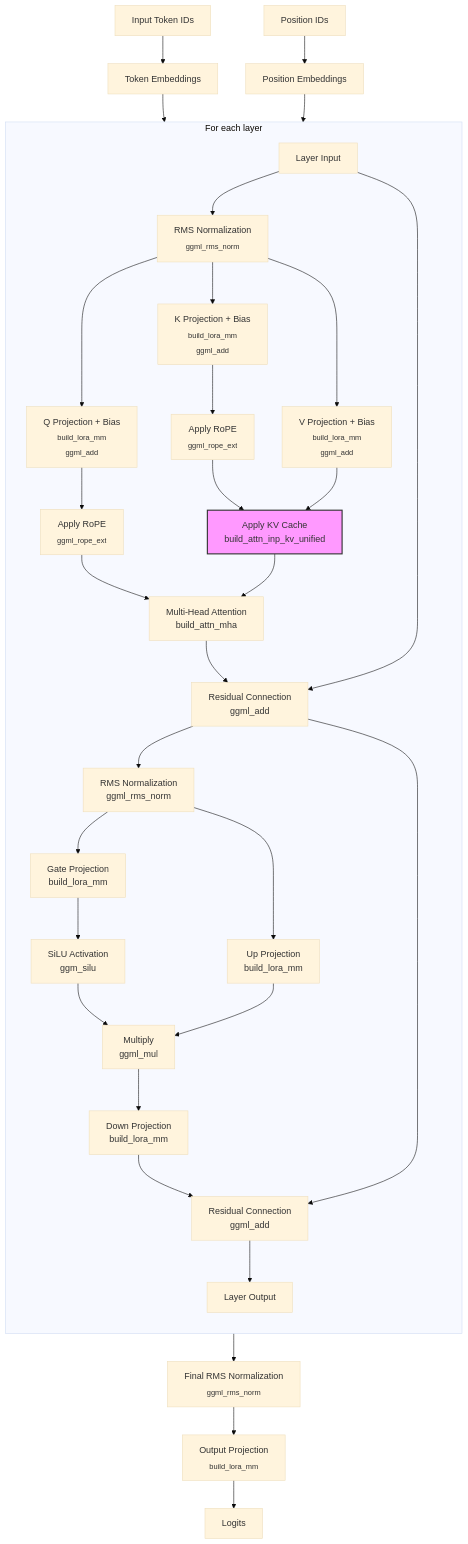
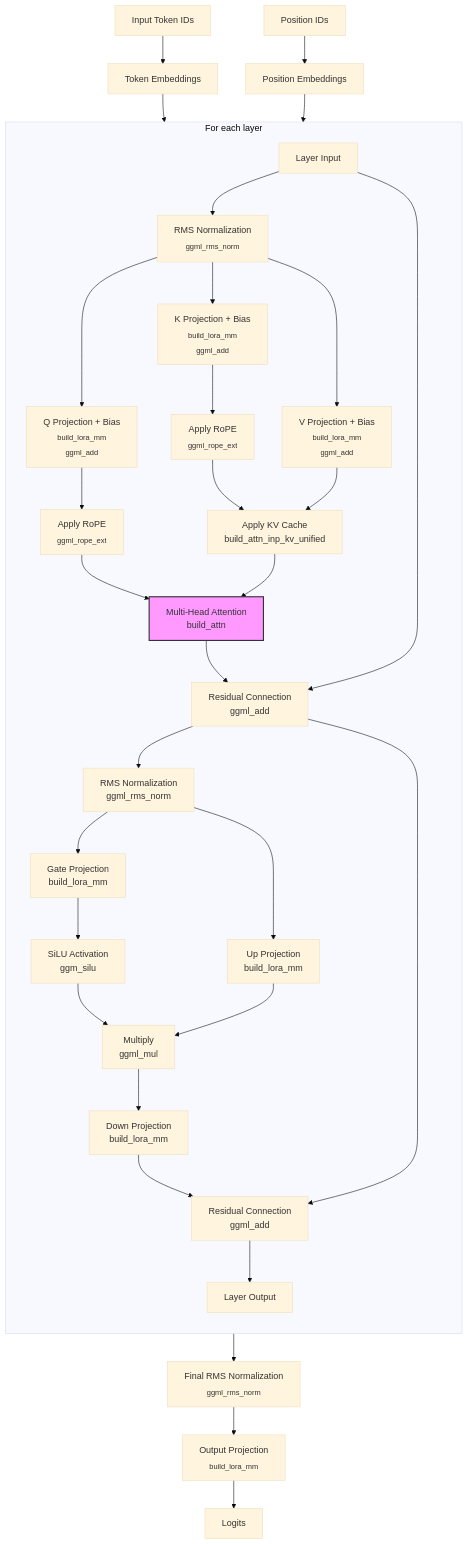
One commit to cshbli/ML-CV-AI changed the first of 8 diagrams in LLM/llama.cpp_flowchart_decode_graph_build_qwen.md. Above: the diagram before and after it, drawn with Mermaid (base theme). The commit also changed other lines of this file and 1 other file, not shown here.

Commit message:
Update build_attn

````diff
--- a/LLM/llama.cpp_flowchart_decode_graph_build_qwen.md
+++ b/LLM/llama.cpp_flowchart_decode_graph_build_qwen.md
@@ -270,53 +270,53 @@
 ```mermaid
 flowchart TD
     input[Input Token IDs] --> embeddings[Token Embeddings]
     positions[Position IDs] --> pos_embd[Position Embeddings]
     
     embeddings --> layer_loop[Layer Loop]
     pos_embd --> layer_loop
     
     subgraph layer_loop[For each layer]
         direction TB
         inp[Layer Input] --> attn_norm[RMS Normalization<br><sub>ggml_rms_norm<sub>]
         
         attn_norm --> Q_proj[Q Projection + Bias<br><sub>build_lora_mm</sub> <br> <sub>ggml_add</sub>]
         attn_norm --> K_proj[K Projection + Bias<br><sub>build_lora_mm</sub> <br> <sub>ggml_add</sub>]
         attn_norm --> V_proj[V Projection + Bias<br><sub>build_lora_mm</sub> <br> <sub>ggml_add</sub>]
         
         Q_proj --> Q_rope[Apply RoPE<br><sub>ggml_rope_ext</sub>]
         K_proj --> K_rope[Apply RoPE<br><sub>ggml_rope_ext</sub>]
         
-        Q_rope --> attn[Multi-Head Attention<br>build_attn_mha]
+        Q_rope --> attn[Multi-Head Attention<br>build_attn]
         K_rope --> KV_Cache[Apply KV Cache<br>build_attn_inp_kv_unified]
         V_proj --> KV_Cache
 
         KV_Cache --> attn
         
         attn --> residual1[Residual Connection<br>ggml_add]
         inp --> residual1
         
         residual1 --> ffn_norm[RMS Normalization<br>ggml_rms_norm]
         
         ffn_norm --> ffn_gate[Gate Projection<br>build_lora_mm]
         ffn_norm --> ffn_up[Up Projection<br>build_lora_mm]
         
         ffn_gate --> silu[SiLU Activation<br>ggm_silu]
         
         silu --> mul[Multiply<br>ggml_mul]
         ffn_up --> mul
         
         mul --> ffn_down[Down Projection<br>build_lora_mm]
         
         ffn_down --> residual2[Residual Connection<br>ggml_add]
         residual1 --> residual2
         
         residual2 --> out[Layer Output]
     end
     
     layer_loop --> final_norm[Final RMS Normalization<br> <sub>ggml_rms_norm</sub>]
     final_norm --> output_proj[Output Projection<br> <sub>build_lora_mm</sub>]
     output_proj --> logits[Logits]
 
     classDef CoreProcess fill:#f9f,stroke:#333,stroke-width:2px;
-    class KV_Cache CoreProcess
+    class attn CoreProcess
 ```
````
